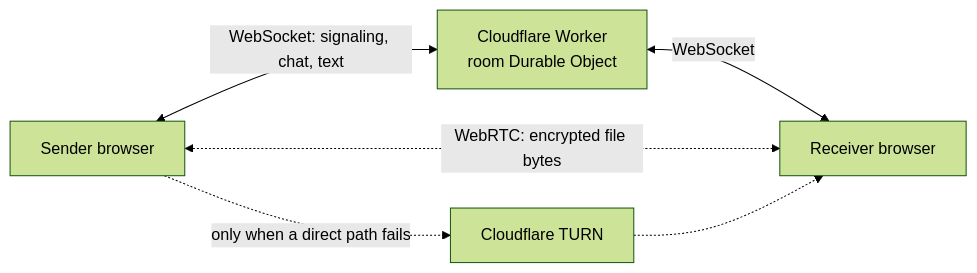
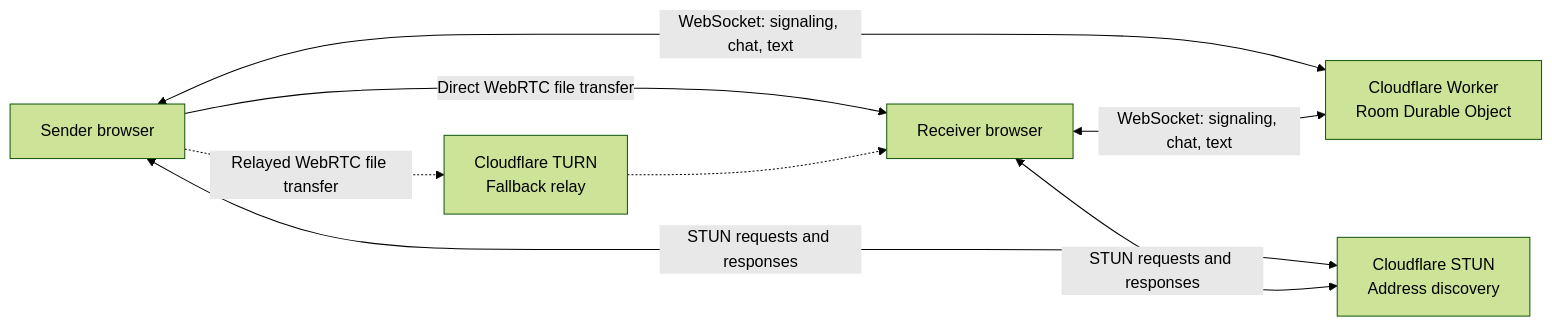
The diagram in README.md (ufraaan/holo), drawn with Mermaid (forest theme) before and after one commit. The commit also changed other lines of this file, not shown here.

Commit message:
docs: clarify how holo uses stun and turn (#68)

````diff
--- a/README.md
+++ b/README.md
@@ -13,13 +24,16 @@
 ```mermaid
 flowchart LR
   S["Sender browser"]
   R["Receiver browser"]
-  W["Cloudflare Worker<br/>room Durable Object"]
-  T["Cloudflare TURN"]
+  W["Cloudflare Worker<br/>Room Durable Object"]
+  D["Cloudflare STUN<br/>Address discovery"]
+  T["Cloudflare TURN<br/>Fallback relay"]
 
   S <-->|"WebSocket: signaling, chat, text"| W
-  W <-->|"WebSocket"| R
-  S <-.->|"WebRTC: encrypted file bytes"| R
-  S -.->|"only when a direct path fails"| T
+  R <-->|"WebSocket: signaling, chat, text"| W
+  S <-->|"STUN requests and responses"| D
+  R <-->|"STUN requests and responses"| D
+  S -->|"Direct WebRTC file transfer"| R
+  S -.->|"Relayed WebRTC file transfer"| T
   T -.-> R
 ```
````
